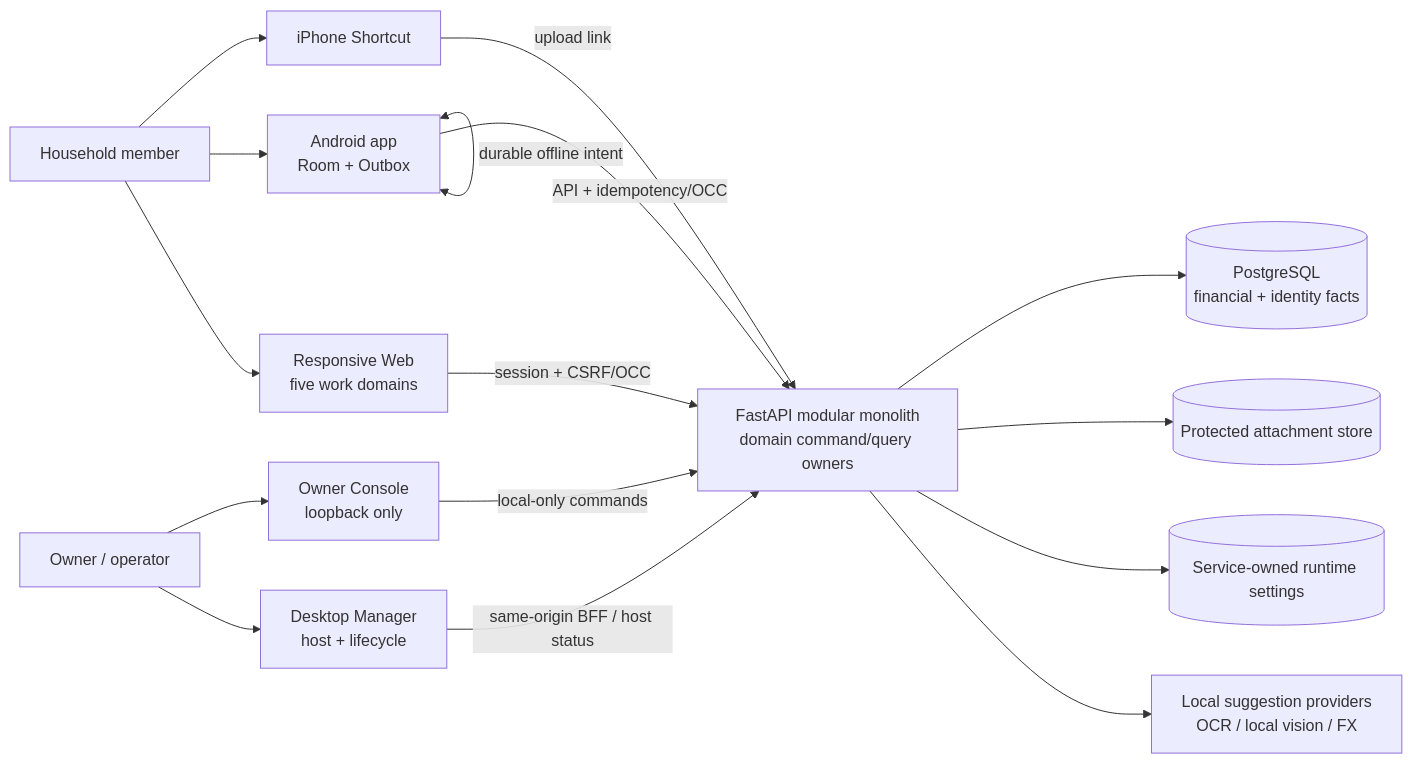
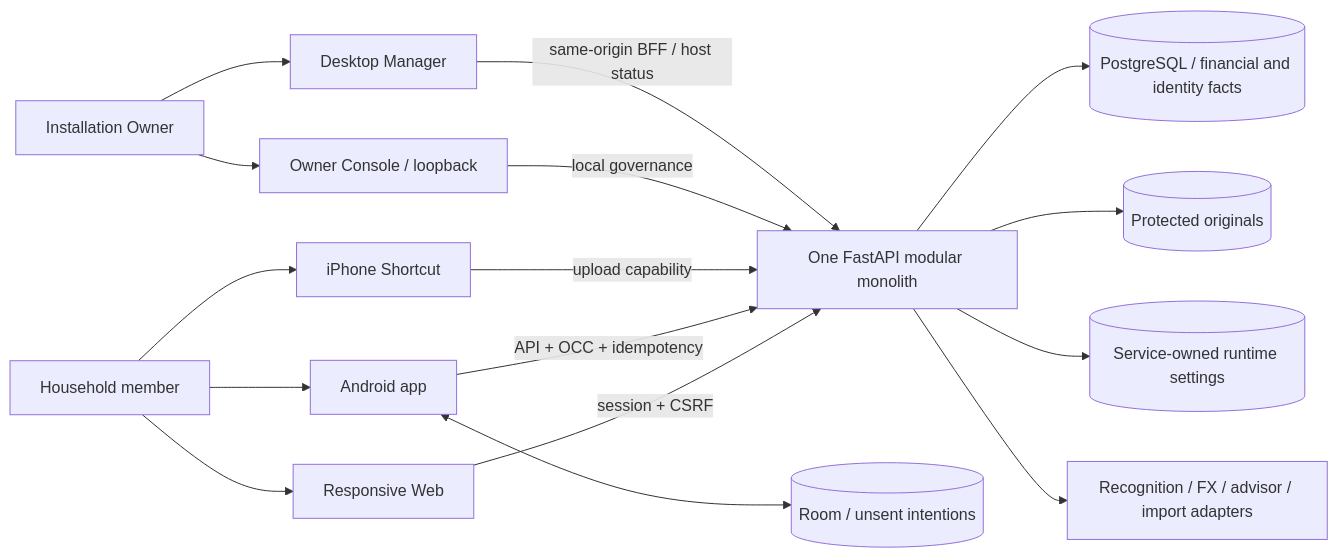
Before and after one commit to xxu29958-jpg/xpj: the diagram in docs/current/TICKETBOX_CURRENT_PRODUCT_ATLAS.md, drawn with Mermaid. The commit also changed other lines of this file and 18 other files, not shown here.

First line of the commit message:
fix(android): keep debt bill recognition bound to its original household (#386)

````diff
--- a/docs/current/TICKETBOX_CURRENT_PRODUCT_ATLAS.md
+++ b/docs/current/TICKETBOX_CURRENT_PRODUCT_ATLAS.md
@@ -11,31 +27,18 @@
 ```mermaid
 flowchart LR
-    Person[Household member]
-    Owner[Owner / operator]
-    Shortcut[iPhone Shortcut]
-    Android[Android app\nRoom + Outbox]
-    Web[Responsive Web\nfive work domains]
-    Console[Owner Console\nloopback only]
-    Desktop[Desktop Manager\nhost + lifecycle]
-
-    API[FastAPI modular monolith\ndomain command/query owners]
-    PG[(PostgreSQL\nfinancial + identity facts)]
-    Files[(Protected attachment store)]
-    Runtime[(Service-owned runtime settings)]
-    Providers[Local suggestion providers\nOCR / local vision / FX]
-
-    Person --> Shortcut -->|upload link| API
-    Person --> Android
-    Person --> Web
-    Owner --> Console
-    Owner --> Desktop
-    Android -->|API + idempotency/OCC| API
-    Android <-->|durable offline intent| Android
-    Web -->|session + CSRF/OCC| API
-    Console -->|local-only commands| API
-    Desktop -->|same-origin BFF / host status| API
-    API --> PG
-    API --> Files
-    API --> Runtime
-    API --> Providers
+    Person[Household member] --> Web[Responsive Web]
+    Person --> Android[Android app]
+    Person --> Shortcut[iPhone Shortcut]
+    Operator[Installation Owner] --> Console[Owner Console / loopback]
+    Operator --> Desktop[Desktop Manager]
+    Web -->|session + CSRF| Backend[One FastAPI modular monolith]
+    Android -->|API + OCC + idempotency| Backend
+    Android <--> Outbox[(Room / unsent intentions)]
+    Shortcut -->|upload capability| Backend
+    Console -->|local governance| Backend
+    Desktop -->|same-origin BFF / host status| Backend
+    Backend --> Facts[(PostgreSQL / financial and identity facts)]
+    Backend --> Originals[(Protected originals)]
+    Backend --> Runtime[(Service-owned runtime settings)]
+    Backend --> Tools[Recognition / FX / advisor / import adapters]
 ```
````
